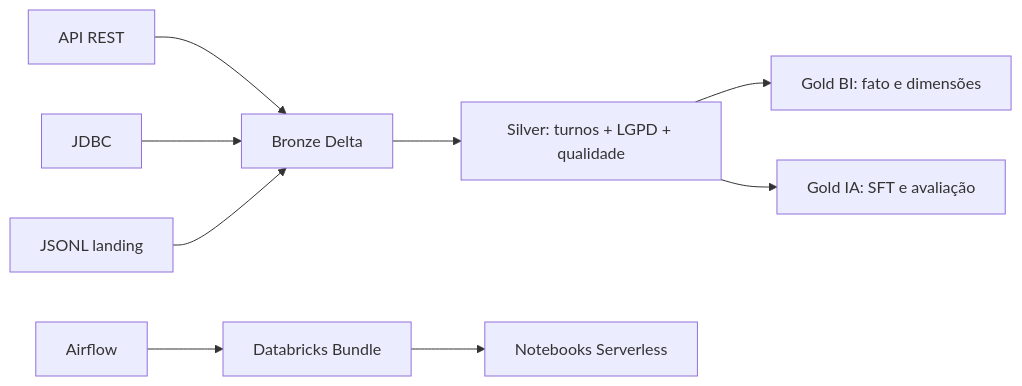
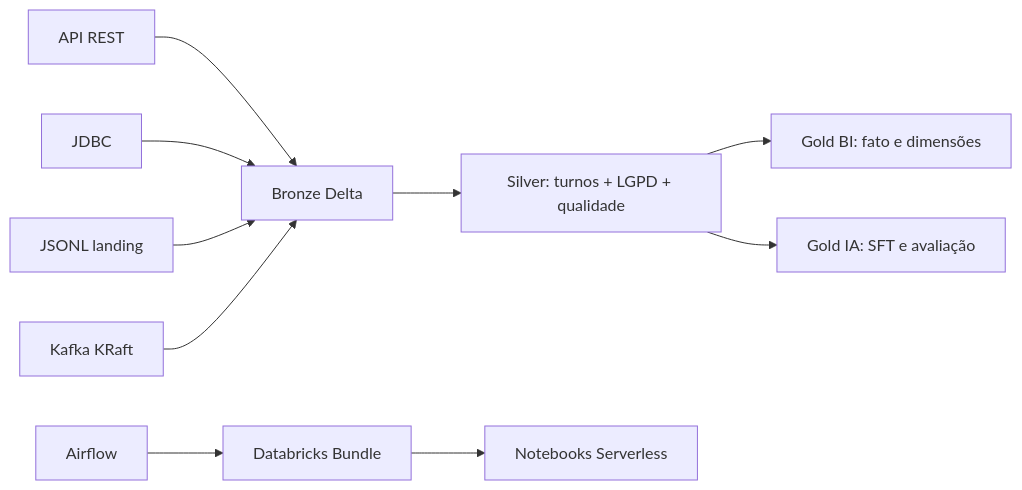
The diagram in README.md (PAULOTEK/Llms-chatbot), drawn with Mermaid before and after one commit. The commit also changed other lines of this file and 16 other files, not shown here.

````diff
--- a/README.md
+++ b/README.md
@@ -8,11 +8,12 @@
 ```mermaid
 flowchart LR
   API[API REST] --> B[Bronze Delta]
   JDBC[JDBC] --> B
   JSONL[JSONL landing] --> B
+  K[Kafka KRaft] --> B
   B --> S[Silver: turnos + LGPD + qualidade]
   S --> G1[Gold BI: fato e dimensões]
   S --> G2[Gold IA: SFT e avaliação]
   A[Airflow] --> D[Databricks Bundle]
   D --> N[Notebooks Serverless]
 ```
````
